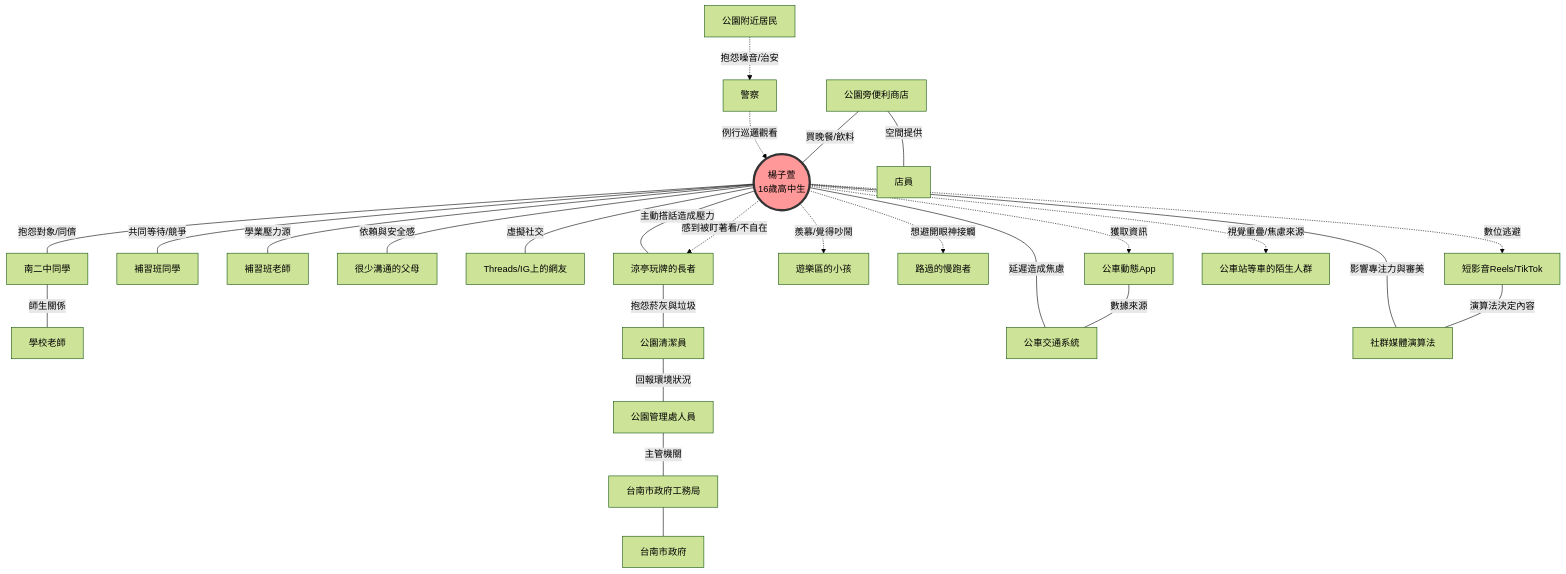
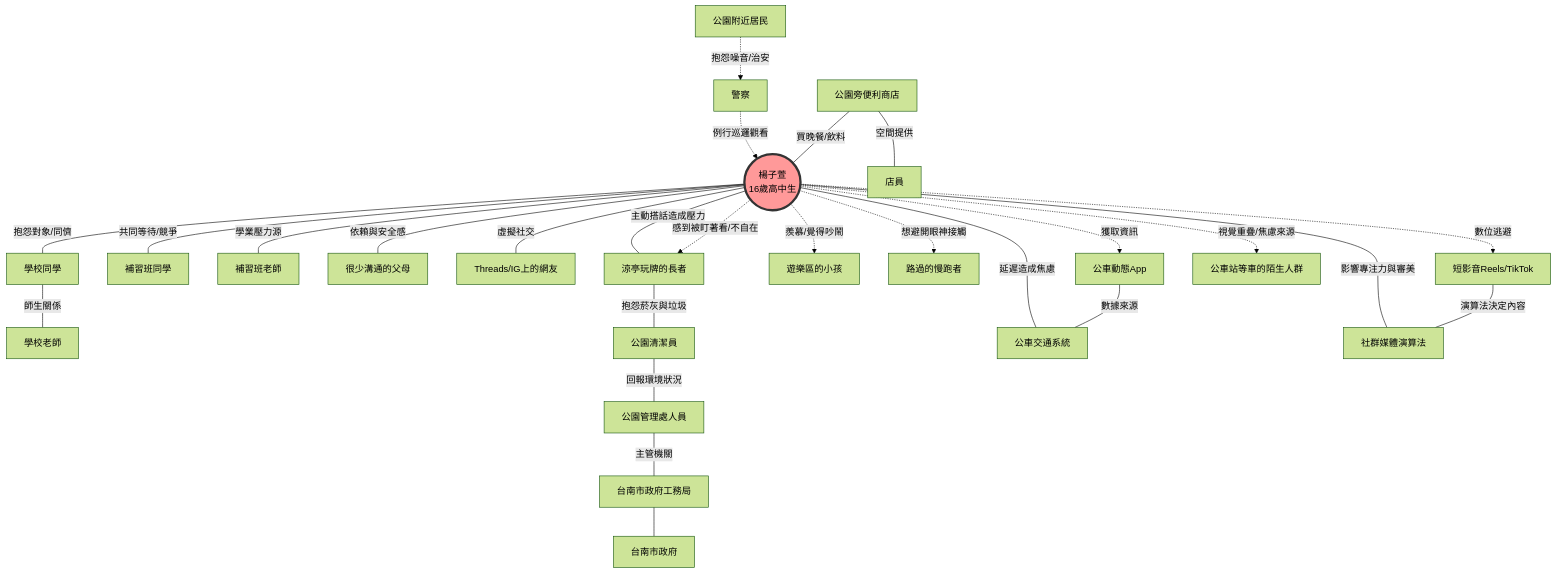
Before and after one commit to Clydinite/UXDesignPresentation: the diagram in data/stakeholder_map.md, drawn with Mermaid (forest theme). The commit also changed other lines of this file and 3 other files, not shown here.

````diff
--- a/data/stakeholder_map.md
+++ b/data/stakeholder_map.md
@@ -13,44 +13,44 @@
 ```mermaid
 graph TD
     %% 核心角色
     Main((楊子萱<br/>16歲高中生))
 
     %% 核心圈層：壓力與社交依賴
-    Main --- |抱怨對象/同儕| Friends[南二中同學]
+    Main --- |抱怨對象/同儕| Friends[學校同學]
     Main --- |共同等待/競爭| Classmates[補習班同學]
     Main --- |學業壓力源| CramTeacher[補習班老師]
     Main --- |依賴與安全感| Family[很少溝通的父母]
     Main --- |虛擬社交| Followers[Threads/IG上的網友]
 
     %% 中間圈層：場域互動與心理干擾
     Main -.-> |感到被盯著看/不自在| Elders[涼亭玩牌的長者]
     Main -.-> |羨慕/覺得吵鬧| Children[遊樂區的小孩]
     Main -.-> |想避開眼神接觸| Passersby[路過的慢跑者]
     Main -.-> |數位逃避| Shorts[短影音Reels/TikTok]
     Main -.-> |獲取資訊| BusApp[公車動態App]
     Main -.-> |視覺重疊/焦慮來源| Crowds[公車站等車的陌生人群]
 
     %% 外圍圈層：環境與間接影響
     Friends --- |師生關係| SchoolTeacher[學校老師]
     Elders --- |抱怨菸灰與垃圾| Cleaner[公園清潔員]
     Cleaner --- |回報環境狀況| Manager[公園管理處人員]
     Manager --- |主管機關| TCG_Gov[台南市政府工務局]
     TCG_Gov --- TCG[台南市政府]
     
     BusApp --- |數據來源| BusSystem[公車交通系統]
     BusSystem --- |延遲造成焦慮| Main
     
     Shorts --- |演算法決定內容| TechCorp[社群媒體演算法]
     TechCorp --- |影響專注力與審美| Main
 
     %% 空間與社會互動
     Elders --- |主動搭話造成壓力| Main
     LocalShop[公園旁便利商店] --- |買晚餐/飲料| Main
     LocalShop --- |空間提供| Clerk[店員]
     Resident[公園附近居民] -.-> |抱怨噪音/治安| Police[警察]
     Police -.-> |例行巡邏觀看| Main
 
     %% 關係備註
     style Main fill:#ff9999,stroke:#333,stroke-width:4px
 
 ```
````
